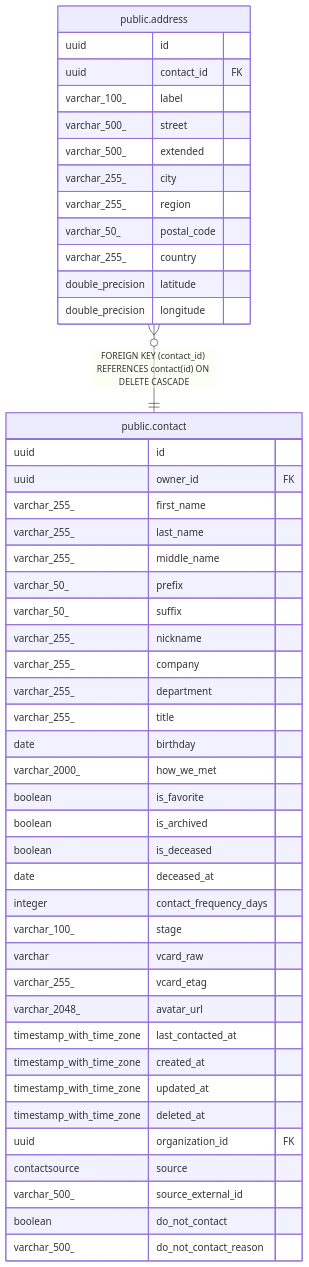
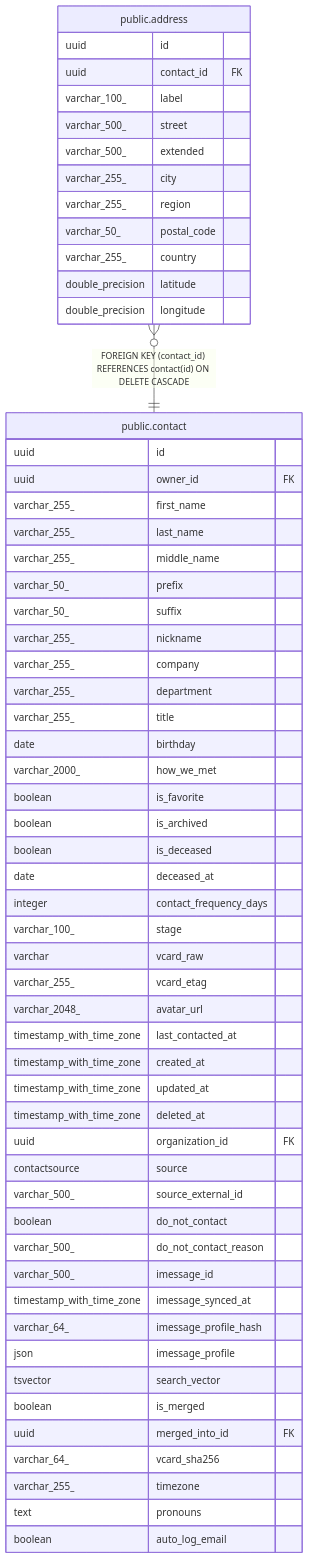
Before and after one commit to pike00/Kindred: the diagram in docs/db/public.address.md, drawn with Mermaid. The commit also changed 32 other files, not shown here.

Commit message:
docs: regenerate db schema docs (tbls) — sync with live schema

````diff
--- a/docs/db/public.address.md
+++ b/docs/db/public.address.md
@@ -42,52 +42,63 @@
 ```mermaid
 erDiagram
 
 "public.address" }o--|| "public.contact" : "FOREIGN KEY (contact_id) REFERENCES contact(id) ON DELETE CASCADE"
 
 "public.address" {
   uuid id
   uuid contact_id FK
   varchar_100_ label
   varchar_500_ street
   varchar_500_ extended
   varchar_255_ city
   varchar_255_ region
   varchar_50_ postal_code
   varchar_255_ country
   double_precision latitude
   double_precision longitude
 }
 "public.contact" {
   uuid id
   uuid owner_id FK
   varchar_255_ first_name
   varchar_255_ last_name
   varchar_255_ middle_name
   varchar_50_ prefix
   varchar_50_ suffix
   varchar_255_ nickname
   varchar_255_ company
   varchar_255_ department
   varchar_255_ title
   date birthday
   varchar_2000_ how_we_met
   boolean is_favorite
   boolean is_archived
   boolean is_deceased
   date deceased_at
   integer contact_frequency_days
   varchar_100_ stage
   varchar vcard_raw
   varchar_255_ vcard_etag
   varchar_2048_ avatar_url
   timestamp_with_time_zone last_contacted_at
   timestamp_with_time_zone created_at
   timestamp_with_time_zone updated_at
   timestamp_with_time_zone deleted_at
   uuid organization_id FK
   contactsource source
   varchar_500_ source_external_id
   boolean do_not_contact
   varchar_500_ do_not_contact_reason
+  varchar_500_ imessage_id
+  timestamp_with_time_zone imessage_synced_at
+  varchar_64_ imessage_profile_hash
+  json imessage_profile
+  tsvector search_vector
+  boolean is_merged
+  uuid merged_into_id FK
+  varchar_64_ vcard_sha256
+  varchar_255_ timezone
+  text pronouns
+  boolean auto_log_email
 }
 ```
````
